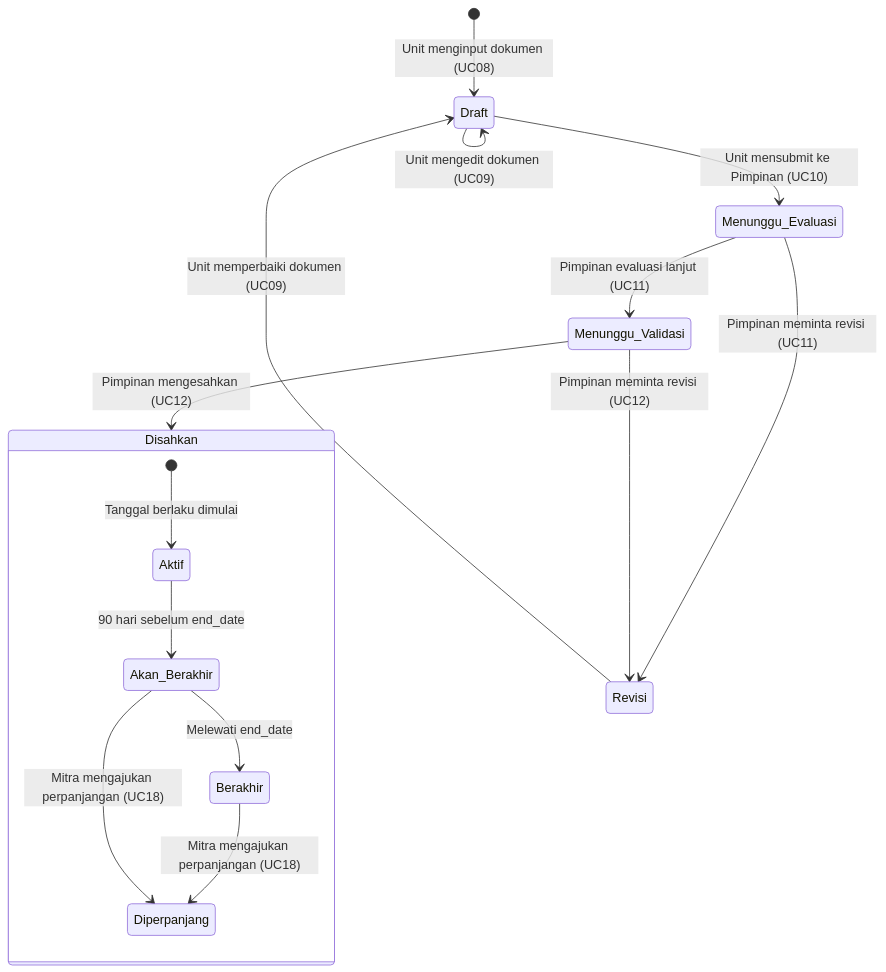
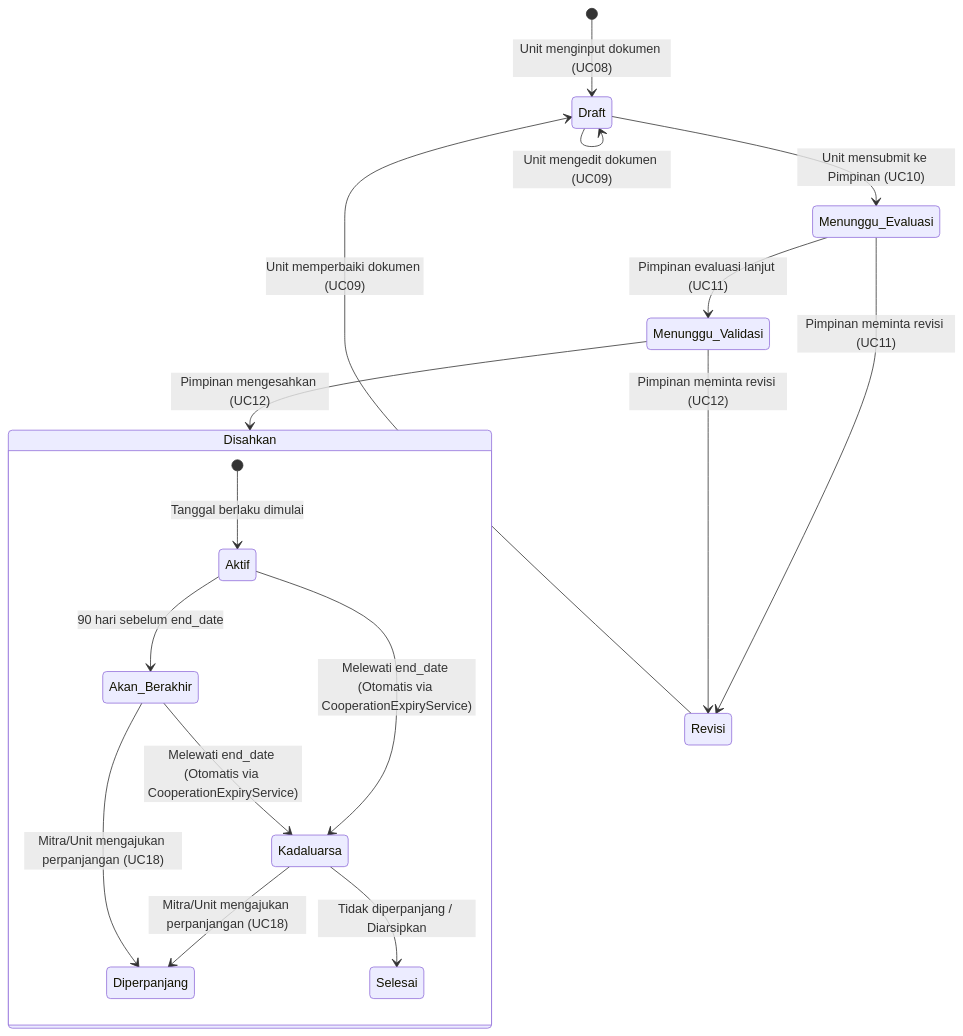
Diagram 40 of 41 in pengembangan-sistem/analysis-flowchart.md (billiampalad/wd4), drawn with Mermaid before and after one commit. The commit also changed other lines of this file, not shown here.

Commit message:
add flowchart notifikasi

````diff
--- a/pengembangan-sistem/analysis-flowchart.md
+++ b/pengembangan-sistem/analysis-flowchart.md
@@ -1607,19 +1660,21 @@
 ```mermaid
 stateDiagram-v2
     [*] --> Draft : Unit menginput dokumen (UC08)
     Draft --> Draft : Unit mengedit dokumen (UC09)
     Draft --> Menunggu_Evaluasi : Unit mensubmit ke Pimpinan (UC10)
     Menunggu_Evaluasi --> Menunggu_Validasi : Pimpinan evaluasi lanjut (UC11)
     Menunggu_Evaluasi --> Revisi : Pimpinan meminta revisi (UC11)
     Menunggu_Validasi --> Disahkan : Pimpinan mengesahkan (UC12)
     Menunggu_Validasi --> Revisi : Pimpinan meminta revisi (UC12)
     Revisi --> Draft : Unit memperbaiki dokumen (UC09)
 
     state Disahkan {
         [*] --> Aktif : Tanggal berlaku dimulai
         Aktif --> Akan_Berakhir : 90 hari sebelum end_date
-        Akan_Berakhir --> Berakhir : Melewati end_date
-        Akan_Berakhir --> Diperpanjang : Mitra mengajukan perpanjangan (UC18)
-        Berakhir --> Diperpanjang : Mitra mengajukan perpanjangan (UC18)
+        Akan_Berakhir --> Kadaluarsa : Melewati end_date (Otomatis via CooperationExpiryService)
+        Aktif --> Kadaluarsa : Melewati end_date (Otomatis via CooperationExpiryService)
+        Akan_Berakhir --> Diperpanjang : Mitra/Unit mengajukan perpanjangan (UC18)
+        Kadaluarsa --> Diperpanjang : Mitra/Unit mengajukan perpanjangan (UC18)
+        Kadaluarsa --> Selesai : Tidak diperpanjang / Diarsipkan
     }
 ```
````
